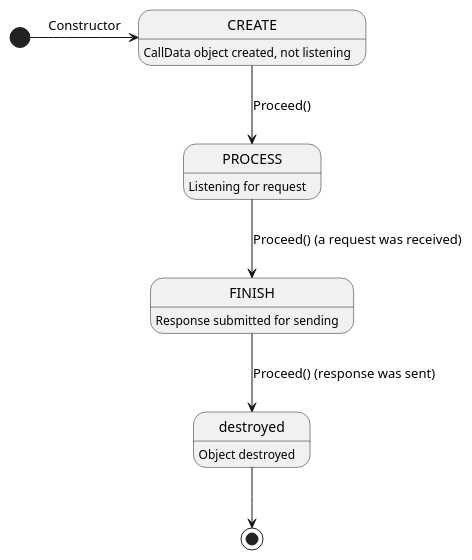
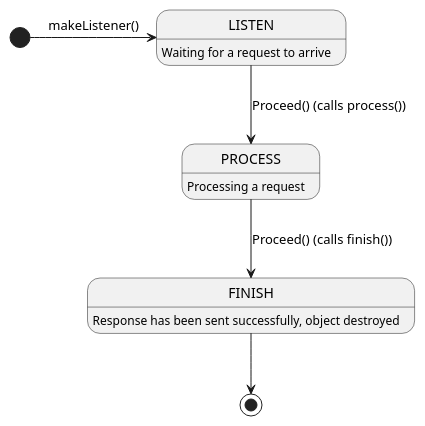
The diagram in design/calldata_state.plantuml (cjcobb23/grpcRippledDesign), drawn with PlantUML before and after one commit. The commit also changed 1 other file, not shown here.

Commit message:
change listen language, change state names

```diff
--- a/design/calldata_state.plantuml
+++ b/design/calldata_state.plantuml
@@ -1,12 +1,9 @@
 @startuml
-[*] -> CREATE : Constructor
-CREATE : CallData object created, not listening
-CREATE --> PROCESS : Proceed()
-PROCESS : Listening for request
-PROCESS --> FINISH : Proceed() (a request was received)
-FINISH : Response submitted for sending
-FINISH --> destroyed : Proceed() (response was sent)
-destroyed : Object destroyed
-destroyed --> [*]
-
+[*] -> LISTEN : makeListener()
+LISTEN : Waiting for a request to arrive
+LISTEN --> PROCESS : Proceed() (calls process())
+PROCESS : Processing a request
+PROCESS --> FINISH : Proceed() (calls finish())
+FINISH : Response has been sent successfully, object destroyed
+FINISH --> [*]
 @enduml
```
